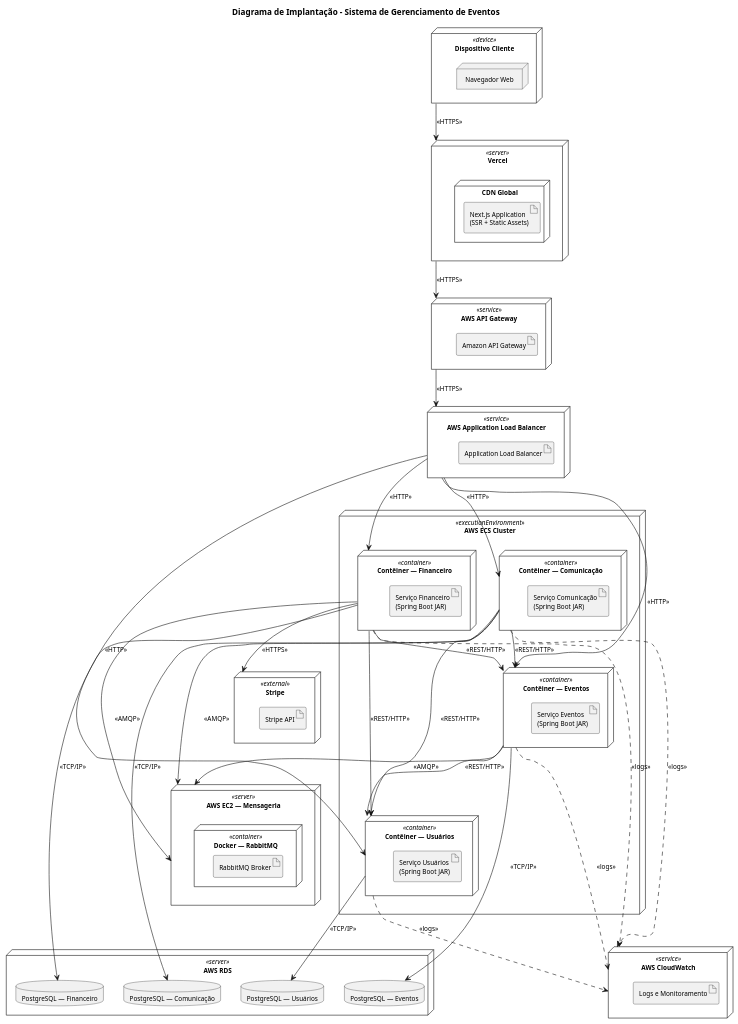
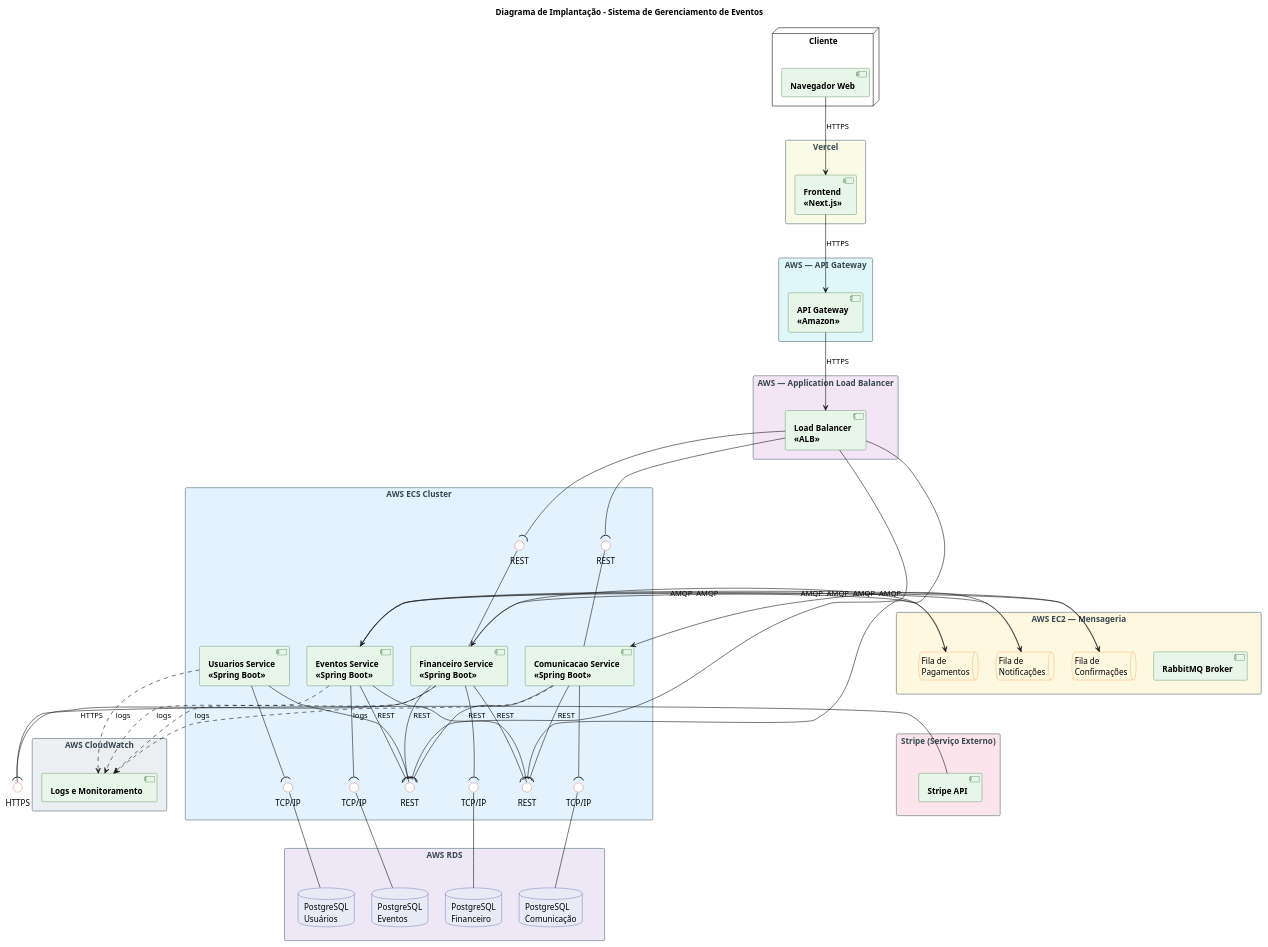
The diagram in codes/implantation-diagram/implantation-diagram.puml (arturbomtempo-learning/software-project-final-work), drawn with PlantUML before and after one commit. The commit also changed 1 other file, not shown here.

Commit message:
chore: update deployment and implantation diagrams

```diff
--- a/codes/implantation-diagram/implantation-diagram.puml
+++ b/codes/implantation-diagram/implantation-diagram.puml
@@ -1,158 +1,151 @@
 @startuml implantation-diagram
-
-skinparam shadowing false
-skinparam backgroundColor white
-skinparam defaultFontSize 11
-skinparam nodeStyle default
-
-top to bottom direction
 
 title Diagrama de Implantação - Sistema de Gerenciamento de Eventos
 
-'==========================
-' DISPOSITIVO CLIENTE
-'==========================
+skinparam nodesep 30
+skinparam ranksep 80
 
-node "Dispositivo Cliente" <<device>> as ClientDevice {
-    node "Navegador Web" as Browser
+skinparam component {
+  BackgroundColor #E8F5E9
+  BorderColor #1B5E20
+  FontStyle bold
 }
 
-'==========================
-' VERCEL — SERVIDOR FRONTEND
-'==========================
-
-node "Vercel" <<server>> as VercelServer {
-    node "CDN Global" as CDN {
-        artifact "Next.js Application\n(SSR + Static Assets)" as NextApp
-    }
+skinparam database {
+  BackgroundColor #E8EAF6
+  BorderColor #283593
 }
 
-'==========================
-' AWS — INFRAESTRUTURA DE ENTRADA
-'==========================
-
-node "AWS API Gateway" <<service>> as APIGWNode {
-    artifact "Amazon API Gateway" as APIGateway
+skinparam interface {
+  BackgroundColor #FFFFFF
+  BorderColor #BF360C
 }
 
-node "AWS Application Load Balancer" <<service>> as ALBNode {
-    artifact "Application Load Balancer" as ALBArtifact
+skinparam queue {
+  BackgroundColor #FFF8E1
+  BorderColor #F57F17
 }
 
-'==========================
-' AWS ECS — CONTÊINERES DE MICROSSERVIÇOS
-'==========================
-
-node "AWS ECS Cluster" <<executionEnvironment>> as ECSCluster {
-
-    node "Contêiner — Usuários" <<container>> as ContainerUsers {
-        artifact "Serviço Usuários\n(Spring Boot JAR)" as UserJar
-    }
-
-    node "Contêiner — Eventos" <<container>> as ContainerEvents {
-        artifact "Serviço Eventos\n(Spring Boot JAR)" as EventJar
-    }
-
-    node "Contêiner — Financeiro" <<container>> as ContainerFinancial {
-        artifact "Serviço Financeiro\n(Spring Boot JAR)" as FinancialJar
-    }
-
-    node "Contêiner — Comunicação" <<container>> as ContainerComm {
-        artifact "Serviço Comunicação\n(Spring Boot JAR)" as CommJar
-    }
-
+skinparam rectangle {
+  BorderColor #546E7A
+  FontColor #37474F
 }
 
-'==========================
-' AWS RDS — BANCOS DE DADOS
-'==========================
-
-node "AWS RDS" <<server>> as RDSNode {
-    database "PostgreSQL — Usuários"    as DBUsers
-    database "PostgreSQL — Eventos"     as DBEvents
-    database "PostgreSQL — Financeiro"  as DBFinancial
-    database "PostgreSQL — Comunicação" as DBComm
+node "Cliente" {
+    [Navegador Web] as WEB
 }
 
-'==========================
-' AWS EC2 — MENSAGERIA
-'==========================
-
-node "AWS EC2 — Mensageria" <<server>> as EC2Node {
-    node "Docker — RabbitMQ" <<container>> as DockerRabbitMQ {
-        artifact "RabbitMQ Broker" as RabbitMQ
-    }
+rectangle "Vercel" as VERCEL #F9FBE7 {
+    [Frontend\n<<Next.js>>] as FRONT
 }
 
-'==========================
-' STRIPE — SERVIÇO EXTERNO
-'==========================
+WEB --> FRONT : HTTPS
 
-node "Stripe" <<external>> as StripeNode {
-    artifact "Stripe API" as StripeAPI
+rectangle "AWS — API Gateway" as AWSGW #E0F7FA {
+    [API Gateway\n<<Amazon>>] as APIGW
 }
 
-'==========================
-' AWS CLOUDWATCH — MONITORAMENTO
-'==========================
+FRONT --> APIGW : HTTPS
 
-node "AWS CloudWatch" <<service>> as CloudWatchNode {
-    artifact "Logs e Monitoramento" as CloudWatch
+rectangle "AWS — Application Load Balancer" as AWSALB #F3E5F5 {
+    [Load Balancer\n<<ALB>>] as ALB
 }
 
-'==========================
-' FLUXO PRINCIPAL DE REQUISIÇÕES
-'==========================
+APIGW --> ALB : HTTPS
 
-ClientDevice --> VercelServer : <<HTTPS>>
-VercelServer --> APIGWNode   : <<HTTPS>>
-APIGWNode    --> ALBNode      : <<HTTPS>>
+rectangle "AWS ECS Cluster" as ECS #E3F2FD {
 
-ALBNode --> ContainerUsers    : <<HTTP>>
-ALBNode --> ContainerEvents   : <<HTTP>>
-ALBNode --> ContainerFinancial : <<HTTP>>
-ALBNode --> ContainerComm     : <<HTTP>>
+    interface "REST" as iUSER
+    interface "REST" as iEVENTS
+    interface "REST" as iFIN
+    interface "REST" as iCOMM
 
-'==========================
-' MICROSSERVIÇOS → BANCOS DE DADOS
-'==========================
+    ALB --( iUSER
+    ALB --( iEVENTS
+    ALB --( iFIN
+    ALB --( iCOMM
 
-ContainerUsers    --> DBUsers    : <<TCP/IP>>
-ContainerEvents   --> DBEvents   : <<TCP/IP>>
-ContainerFinancial --> DBFinancial : <<TCP/IP>>
-ContainerComm     --> DBComm     : <<TCP/IP>>
+    [Usuarios Service\n<<Spring Boot>>]    as USERS
+    [Eventos Service\n<<Spring Boot>>]     as EVENTS
+    [Financeiro Service\n<<Spring Boot>>]  as FIN
+    [Comunicacao Service\n<<Spring Boot>>] as COMM
 
-'==========================
-' MICROSSERVIÇOS → MENSAGERIA
-'==========================
+    USERS  -up- iUSER
+    EVENTS -up- iEVENTS
+    FIN    -up- iFIN
+    COMM   -up- iCOMM
 
-ContainerEvents    --> EC2Node : <<AMQP>>
-ContainerFinancial --> EC2Node : <<AMQP>>
-ContainerComm      --> EC2Node : <<AMQP>>
+    EVENTS --( iUSER   : REST
+    FIN    --( iUSER   : REST
+    COMM   --( iUSER   : REST
+    FIN    --( iEVENTS : REST
+    COMM   --( iEVENTS : REST
 
-'==========================
-' COMUNICAÇÃO ENTRE MICROSSERVIÇOS
-'==========================
+    interface "TCP/IP" as iDB1
+    interface "TCP/IP" as iDB2
+    interface "TCP/IP" as iDB3
+    interface "TCP/IP" as iDB4
 
-ContainerEvents    --> ContainerUsers    : <<REST/HTTP>>
-ContainerFinancial --> ContainerUsers    : <<REST/HTTP>>
-ContainerFinancial --> ContainerEvents   : <<REST/HTTP>>
-ContainerComm      --> ContainerUsers    : <<REST/HTTP>>
-ContainerComm      --> ContainerEvents   : <<REST/HTTP>>
+    USERS  --( iDB1
+    EVENTS --( iDB2
+    FIN    --( iDB3
+    COMM   --( iDB4
 
-'==========================
-' FINANCEIRO → STRIPE
-'==========================
+    USERS  -[hidden]right- EVENTS
+    EVENTS -[hidden]right- FIN
+    FIN    -[hidden]right- COMM
+}
 
-ContainerFinancial --> StripeNode : <<HTTPS>>
+rectangle "AWS RDS" as RDS #EDE7F6 {
+    database "PostgreSQL\nUsuários"    as DB1
+    database "PostgreSQL\nEventos"     as DB2
+    database "PostgreSQL\nFinanceiro"  as DB3
+    database "PostgreSQL\nComunicação" as DB4
 
-'==========================
-' MICROSSERVIÇOS → MONITORAMENTO
-'==========================
+    DB1 -[hidden]right- DB2
+    DB2 -[hidden]right- DB3
+    DB3 -[hidden]right- DB4
+}
 
-ContainerUsers     ..> CloudWatchNode : <<logs>>
-ContainerEvents    ..> CloudWatchNode : <<logs>>
-ContainerFinancial ..> CloudWatchNode : <<logs>>
-ContainerComm      ..> CloudWatchNode : <<logs>>
+iDB1 -down- DB1
+iDB2 -down- DB2
+iDB3 -down- DB3
+iDB4 -down- DB4
+
+rectangle "AWS EC2 — Mensageria" as EC2 #FFF8E1 {
+    [RabbitMQ Broker] as RABBIT
+    queue "Fila de\nPagamentos"   as Q_PAY
+    queue "Fila de\nConfirmações" as Q_CONF
+    queue "Fila de\nNotificações" as Q_NOTIF
+}
+
+EVENTS --> Q_PAY   : AMQP
+Q_PAY  --> FIN     : AMQP
+FIN    --> Q_CONF  : AMQP
+Q_CONF --> EVENTS  : AMQP
+EVENTS --> Q_NOTIF : AMQP
+Q_NOTIF --> COMM   : AMQP
+
+rectangle "Stripe (Serviço Externo)" as EXT #FCE4EC {
+    [Stripe API] as STRIPE
+}
+
+interface "HTTPS" as iSTRIPE
+
+STRIPE  -left- iSTRIPE
+FIN    --( iSTRIPE : HTTPS
+
+rectangle "AWS CloudWatch" as CW #ECEFF1 {
+    [Logs e Monitoramento] as CLOUDWATCH
+}
+
+USERS  ..> CLOUDWATCH : logs
+EVENTS ..> CLOUDWATCH : logs
+FIN    ..> CLOUDWATCH : logs
+COMM   ..> CLOUDWATCH : logs
+
+ECS  -[hidden]down-  RDS
+COMM -[hidden]right- EC2
+EC2  -[hidden]down-  EXT
 
 @enduml
```
